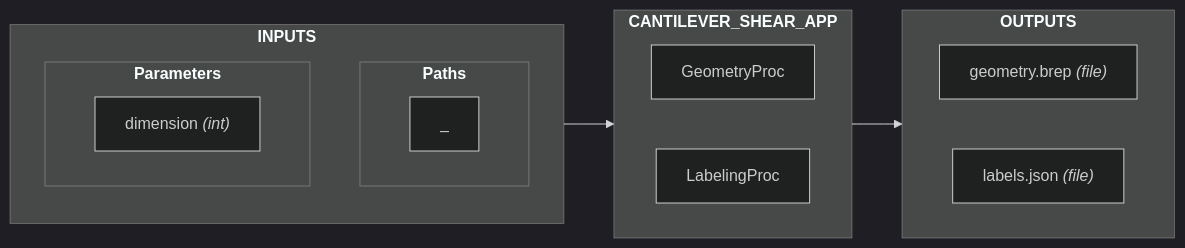
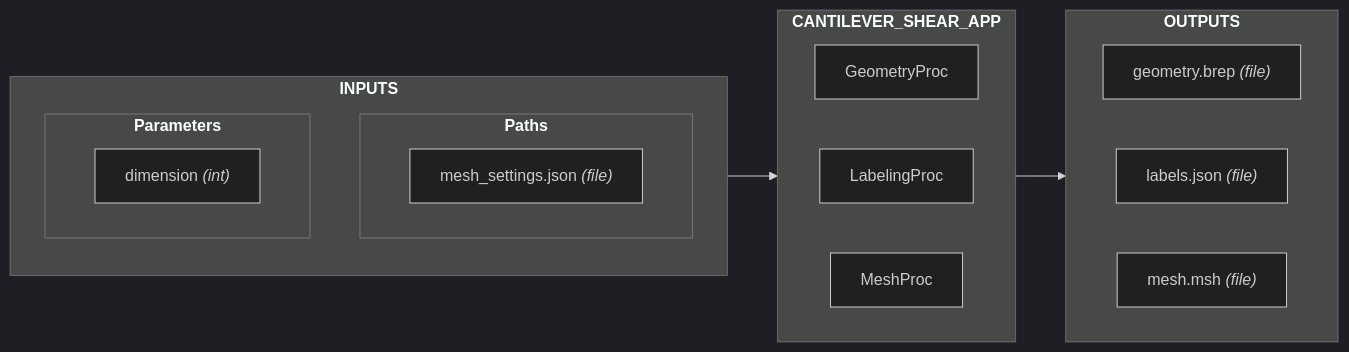
Before and after one commit to nuremics/sim-labs: the fifth of 8 diagrams in src/nuremics_labs/apps/simulation/CANTILEVER_SHEAR_APP/README.md, drawn with Mermaid (dark theme). The commit also changed other lines of this file and 10 other files, not shown here.

Commit message:
add MeshProc

````diff
--- a/src/nuremics_labs/apps/simulation/CANTILEVER_SHEAR_APP/README.md
+++ b/src/nuremics_labs/apps/simulation/CANTILEVER_SHEAR_APP/README.md
@@ -72,31 +104,33 @@
 ```mermaid
 flowchart LR
   subgraph Inputs[<b>INPUTS<b>]
     direction TB
 
     subgraph Paths[<b>Paths<b>]
       direction LR
-      path["_"]
+      path["mesh_settings.json <i>(file)<i>"]
     end
 
     subgraph Parameters[<b>Parameters<b>]
       direction LR
       param1["dimension <i>(int)<i>"]
     end
   end
 
   subgraph App[<b>CANTILEVER_SHEAR_APP<b>]
     direction RL
     proc1["GeometryProc"]
     proc2["LabelingProc"]
+    proc3["MeshProc"]
   end
 
   subgraph Outputs[<b>OUTPUTS<b>]
     direction RL
     out1["geometry.brep <i>(file)<i>"]
     out2["labels.json <i>(file)<i>"]
+    out3["mesh.msh <i>(file)<i>"]
   end
 
   Inputs --> App
   App --> Outputs
 ```
````
